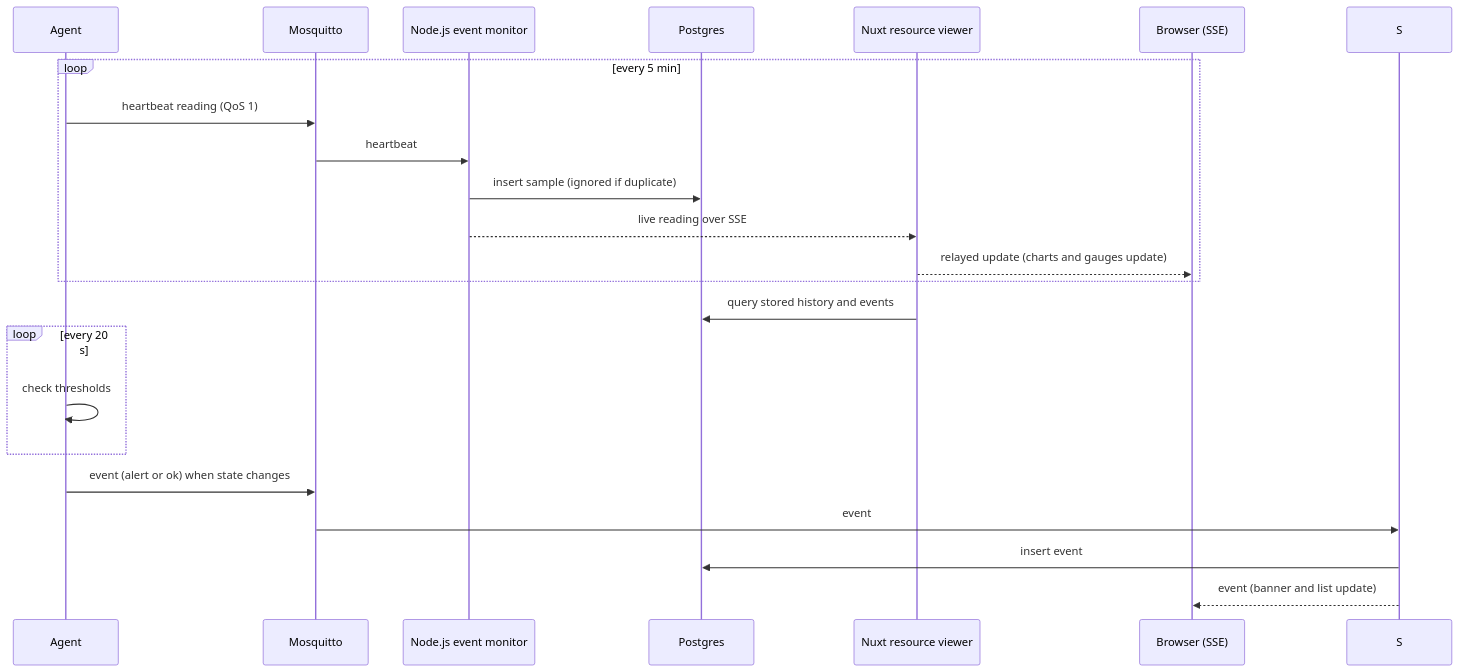
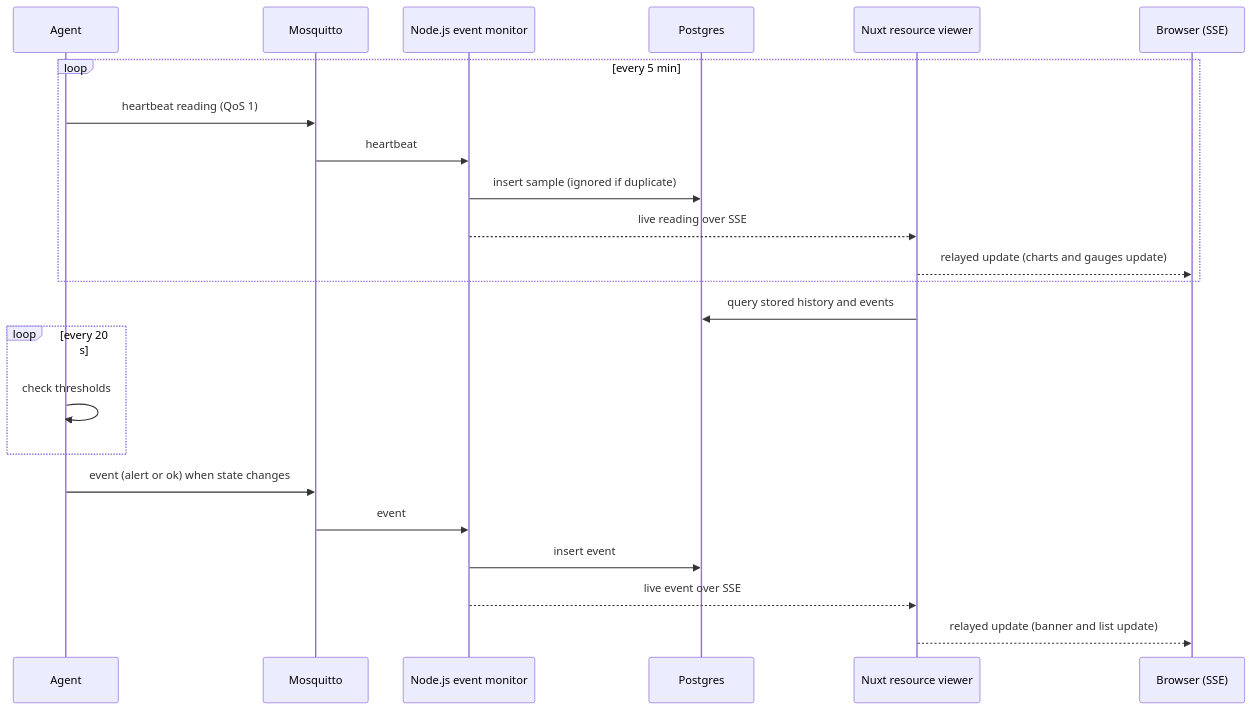
Before and after one commit to TryYourIdeas/get-server-metrics: the first of 2 diagrams in docs/user-guides/manual.md, drawn with Mermaid. The commit also changed other lines of this file and 105 other files, not shown here.

````diff
--- a/docs/user-guides/manual.md
+++ b/docs/user-guides/manual.md
@@ -55,24 +55,25 @@
 ```mermaid
 sequenceDiagram
   participant A as Agent
   participant M as Mosquitto
   participant E as Node.js event monitor
   participant DB as Postgres
   participant V as Nuxt resource viewer
   participant B as Browser (SSE)
   loop every 5 min
     A->>M: heartbeat reading (QoS 1)
     M->>E: heartbeat
     E->>DB: insert sample (ignored if duplicate)
     E-->>V: live reading over SSE
     V-->>B: relayed update (charts and gauges update)
   end
   V->>DB: query stored history and events
   loop every 20 s
     A->>A: check thresholds
   end
   A->>M: event (alert or ok) when state changes
-  M->>S: event
-  S->>DB: insert event
-  S-->>B: event (banner and list update)
+  M->>E: event
+  E->>DB: insert event
+  E-->>V: live event over SSE
+  V-->>B: relayed update (banner and list update)
 ```
````
